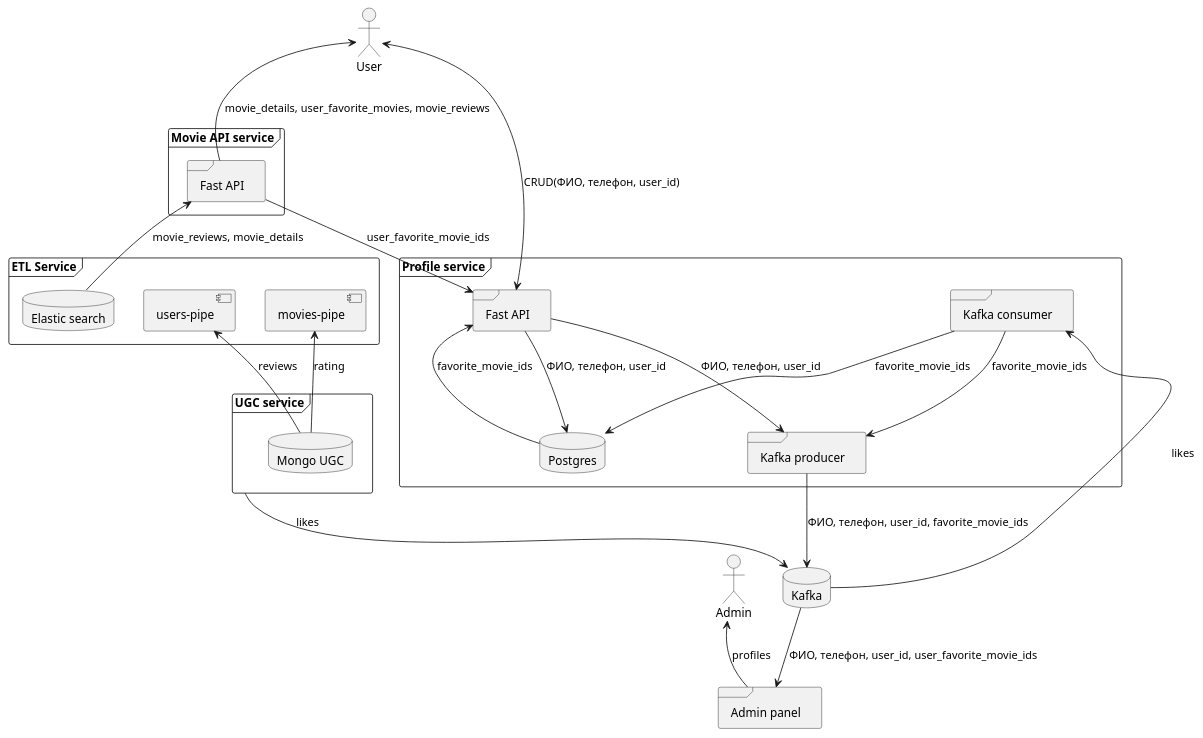
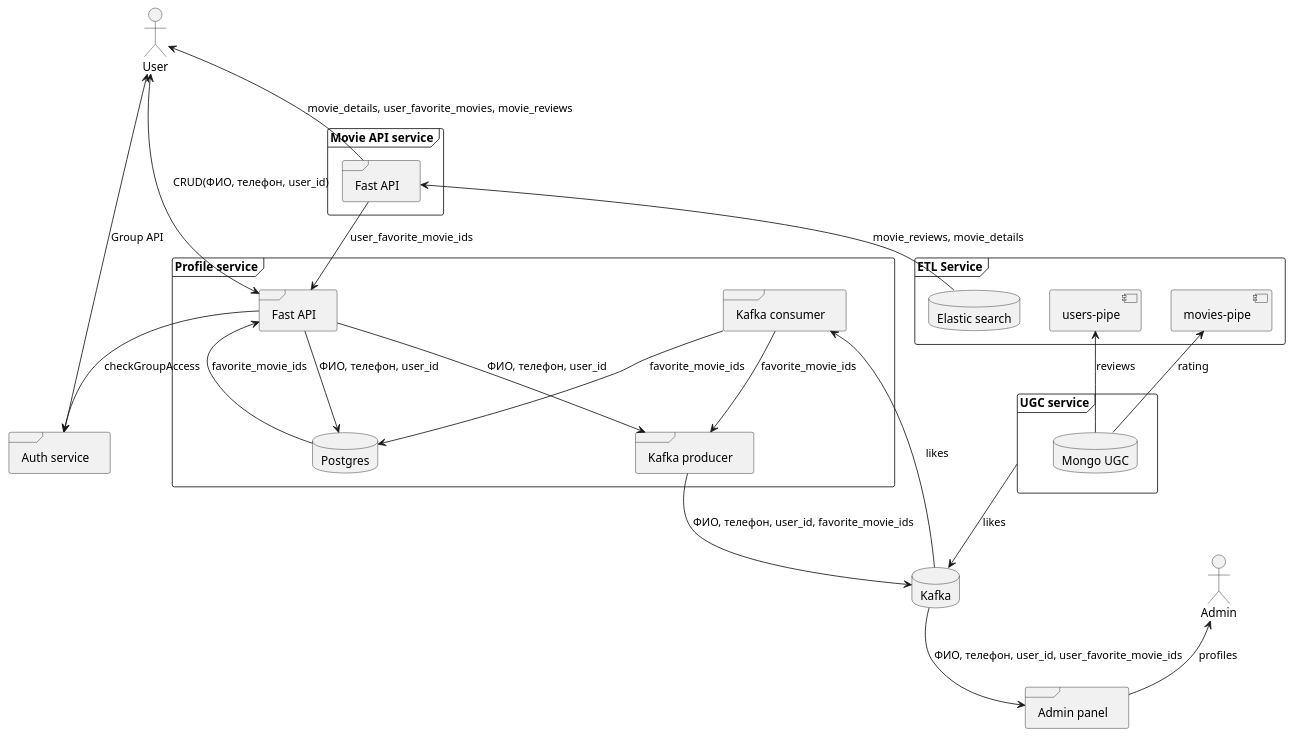
Before and after one commit to gufin/graduate_work: the diagram in docs/architecture.puml, drawn with PlantUML. The commit also changed 13 other files, not shown here.

Commit message:
architecture review fixies

```diff
--- a/docs/architecture.puml
+++ b/docs/architecture.puml
@@ -1,51 +1,59 @@
 @startuml
 database "Kafka" as kafka
 
 frame "UGC service" as ugc_service {
     database "Mongo UGC" as mongo_ugc
+}
+
+frame "Auth service" as auth_service {
+
 }
 
 frame "Movie API service" {
     frame "Fast API" as movies_api
 }
 
 frame "Profile service" as user_profile_service {
     frame "Fast API" as user_profile_api
     database "Postgres" as user_profile_db
     frame "Kafka producer" as profile_producer
     frame "Kafka consumer" as profile_consumer
 }
 
 frame "ETL Service" as etl_service {
     [users-pipe]
     [movies-pipe]
     database "Elastic search" as es {
     }
 }
 
 frame "Admin panel" as admin_panel
 
 actor "User" as User
 actor "Admin" as Admin
 
 User <--> user_profile_api : CRUD(ФИО, телефон, user_id)
 kafka --> profile_consumer: likes
 profile_consumer --> user_profile_db: favorite_movie_ids
 profile_consumer --> profile_producer: favorite_movie_ids
 movies_api --> user_profile_api: user_favorite_movie_ids
 profile_producer --> kafka: ФИО, телефон, user_id, favorite_movie_ids
 kafka --> admin_panel: ФИО, телефон, user_id, user_favorite_movie_ids
 
 user_profile_api --> user_profile_db: ФИО, телефон, user_id
 user_profile_api --> profile_producer: ФИО, телефон, user_id
 user_profile_api <-- user_profile_db: favorite_movie_ids
 
 User <-- movies_api: movie_details, user_favorite_movies, movie_reviews
 Admin <-- admin_panel: profiles
 
 [movies-pipe] <-- mongo_ugc: rating
 [users-pipe] <-- mongo_ugc: reviews
 movies_api <-- es: movie_reviews, movie_details
 
 ugc_service --> kafka: likes
+
+User <--> auth_service: Group API
+user_profile_api --> auth_service: checkGroupAccess
+
 @enduml
```
